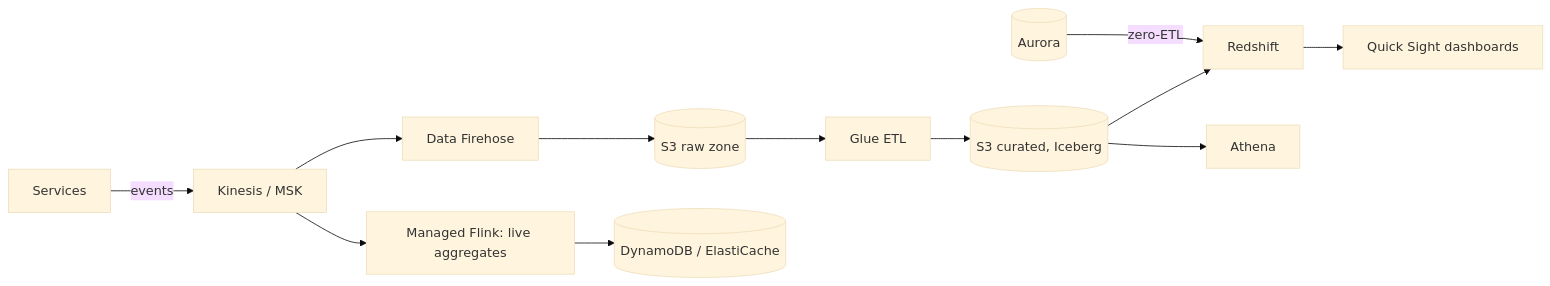
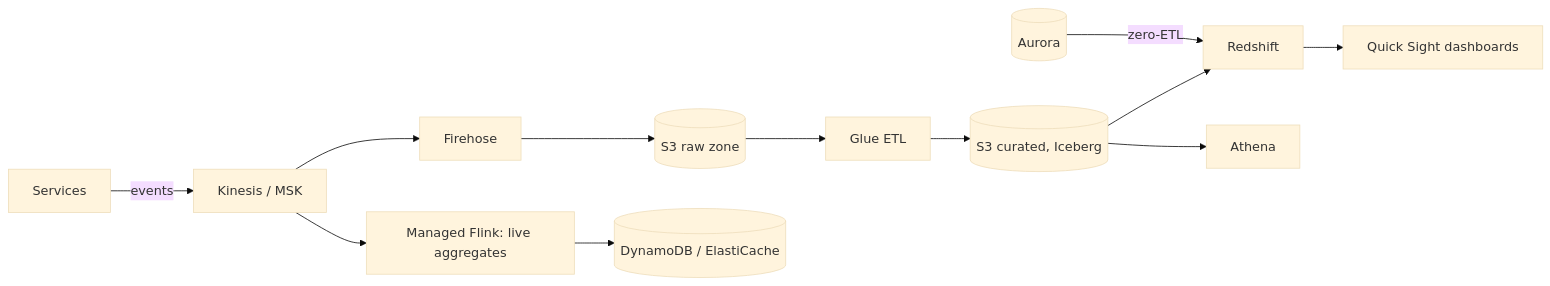
The diagram in apps/web/content/cloud/aws/analytics.mdx (dhanrajsahoo0007/AI-ML), drawn with Mermaid (base theme) before and after one commit.

Commit message:
cloud: analytics provider pages (aws upgrade, gcp/azure rewrite)

````diff
--- a/apps/web/content/cloud/aws/analytics.mdx
+++ b/apps/web/content/cloud/aws/analytics.mdx
@@ -39,11 +39,11 @@
 ```mermaid
 flowchart LR
     APP["Services"] -->|"events"| K["Kinesis / MSK"]
-    K --> FH["Data Firehose"] --> RAW[("S3 raw zone")]
+    K --> FH["Firehose"] --> RAW[("S3 raw zone")]
     K --> FL["Managed Flink: live aggregates"] --> DDB[("DynamoDB / ElastiCache")]
     DB[("Aurora")] -->|"zero-ETL"| RS["Redshift"]
     RAW --> GL["Glue ETL"] --> CUR[("S3 curated, Iceberg")]
     CUR --> ATH["Athena"]
     CUR --> RS
     RS --> QS["Quick Sight dashboards"]
 ```
````
